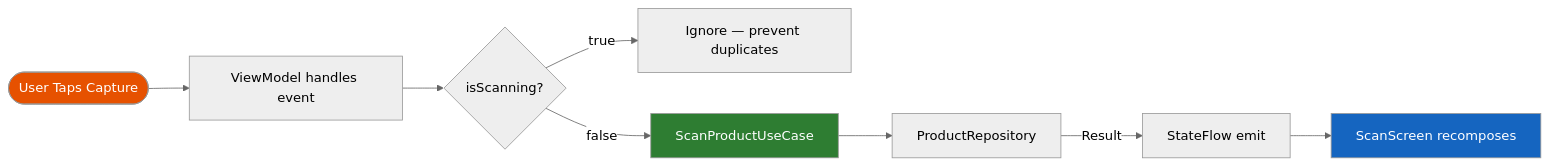
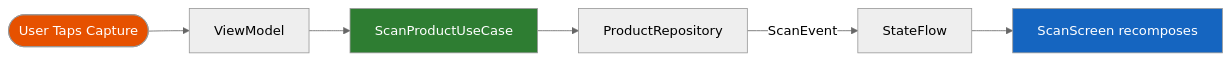
Before and after one commit to lakshmanreddymv-bot/FakeProductDetector: the third of 6 diagrams in README.md, drawn with Mermaid (neutral theme). The commit also changed other lines of this file, not shown here.

````diff
--- a/README.md
+++ b/README.md
@@ -181,14 +106,12 @@
 ```mermaid
 graph LR
-    TAP([User Taps Capture]) --> EV[ViewModel handles event]
-    EV --> IS{isScanning?}
-    IS -->|true| IGN[Ignore — prevent duplicates]
-    IS -->|false| UC[ScanProductUseCase]
+    TAP([User Taps Capture]) --> VM[ViewModel]
+    VM --> UC[ScanProductUseCase]
     UC --> REPO[ProductRepository]
-    REPO -->|Result| ST[StateFlow emit]
-    ST --> UI[ScanScreen recomposes]
+    REPO -->|ScanEvent| SF[StateFlow]
+    SF --> UI[ScanScreen recomposes]
 
-    style TAP fill:#e65100,color:#fff
-    style UC fill:#2e7d32,color:#fff
-    style UI fill:#1565c0,color:#fff
+    style TAP  fill:#e65100,color:#fff
+    style UC   fill:#2e7d32,color:#fff
+    style UI   fill:#1565c0,color:#fff
 ```
````
